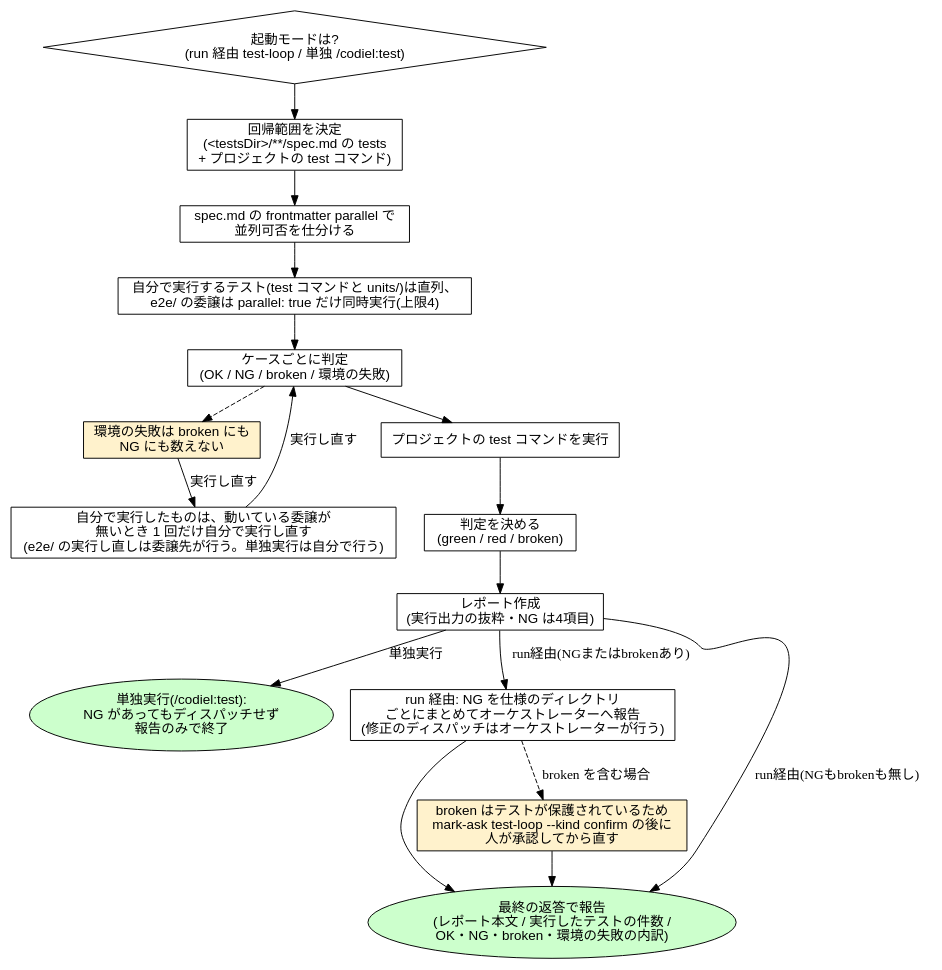
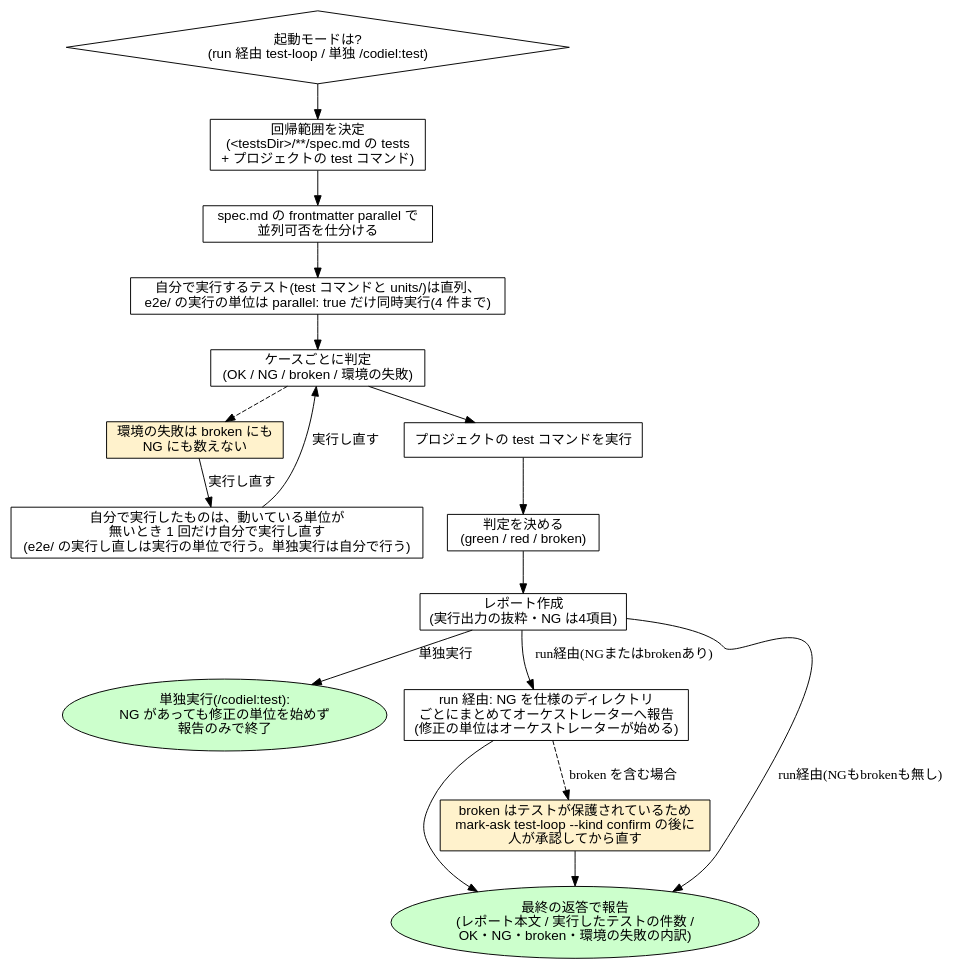
Before and after one commit to Amatsuka-kobo/amatsuka-claude-plugins: the eighth of 14 diagrams in plugins/codiel/docs/skill-flowcharts.md, drawn with Graphviz. The commit also changed other lines of this file and 4 other files, not shown here.

````diff
--- a/plugins/codiel/docs/skill-flowcharts.md
+++ b/plugins/codiel/docs/skill-flowcharts.md
@@ -296,33 +296,33 @@
 ```dot
 digraph running_regression_tests {
   rankdir=TB;
   node [fontname="sans-serif"];
 
   mode [label="起動モードは?\n(run 経由 test-loop / 単独 /codiel:test)", shape=diamond];
   scope [label="回帰範囲を決定\n(<testsDir>/**/spec.md の tests\n+ プロジェクトの test コマンド)", shape=box];
   split [label="spec.md の frontmatter parallel で\n並列可否を仕分ける", shape=box];
-  run_tests [label="自分で実行するテスト(test コマンドと units/)は直列、\ne2e/ の委譲は parallel: true だけ同時実行(上限4)", shape=box];
+  run_tests [label="自分で実行するテスト(test コマンドと units/)は直列、\ne2e/ の実行の単位は parallel: true だけ同時実行(4 件まで)", shape=box];
   judge [label="ケースごとに判定\n(OK / NG / broken / 環境の失敗)", shape=box];
   env_fail [label="環境の失敗は broken にも\nNG にも数えない", shape=box, style=filled, fillcolor="#fff2cc"];
-  retry_env [label="自分で実行したものは、動いている委譲が\n無いとき 1 回だけ自分で実行し直す\n(e2e/ の実行し直しは委譲先が行う。単独実行は自分で行う)", shape=box];
+  retry_env [label="自分で実行したものは、動いている単位が\n無いとき 1 回だけ自分で実行し直す\n(e2e/ の実行し直しは実行の単位で行う。単独実行は自分で行う)", shape=box];
   run_cmd [label="プロジェクトの test コマンドを実行", shape=box];
   verdict [label="判定を決める\n(green / red / broken)", shape=box];
   report [label="レポート作成\n(実行出力の抜粋・NG は4項目)", shape=box];
-  standalone_end [label="単独実行(/codiel:test):\nNG があってもディスパッチせず\n報告のみで終了", shape=ellipse, style=filled, fillcolor="#ccffcc"];
-  report_ng [label="run 経由: NG を仕様のディレクトリ\nごとにまとめてオーケストレーターへ報告\n(修正のディスパッチはオーケストレーターが行う)", shape=box];
+  standalone_end [label="単独実行(/codiel:test):\nNG があっても修正の単位を始めず\n報告のみで終了", shape=ellipse, style=filled, fillcolor="#ccffcc"];
+  report_ng [label="run 経由: NG を仕様のディレクトリ\nごとにまとめてオーケストレーターへ報告\n(修正の単位はオーケストレーターが始める)", shape=box];
   broken_gate [label="broken はテストが保護されているため\nmark-ask test-loop --kind confirm の後に\n人が承認してから直す", shape=box, style=filled, fillcolor="#fff2cc"];
   done [label="最終の返答で報告\n(レポート本文 / 実行したテストの件数 /\nOK・NG・broken・環境の失敗の内訳)", shape=ellipse, style=filled, fillcolor="#ccffcc"];
 
   mode -> scope;
   scope -> split -> run_tests -> judge;
   judge -> env_fail [style=dashed];
   env_fail -> retry_env -> judge [label="実行し直す"];
   judge -> run_cmd -> verdict -> report;
   report -> standalone_end [label="単独実行"];
   report -> report_ng [label="run経由(NGまたはbrokenあり)"];
   report -> done [label="run経由(NGもbrokenも無し)"];
   report_ng -> broken_gate [style=dashed, label="broken を含む場合"];
   report_ng -> done;
   broken_gate -> done;
 }
 ```
````
